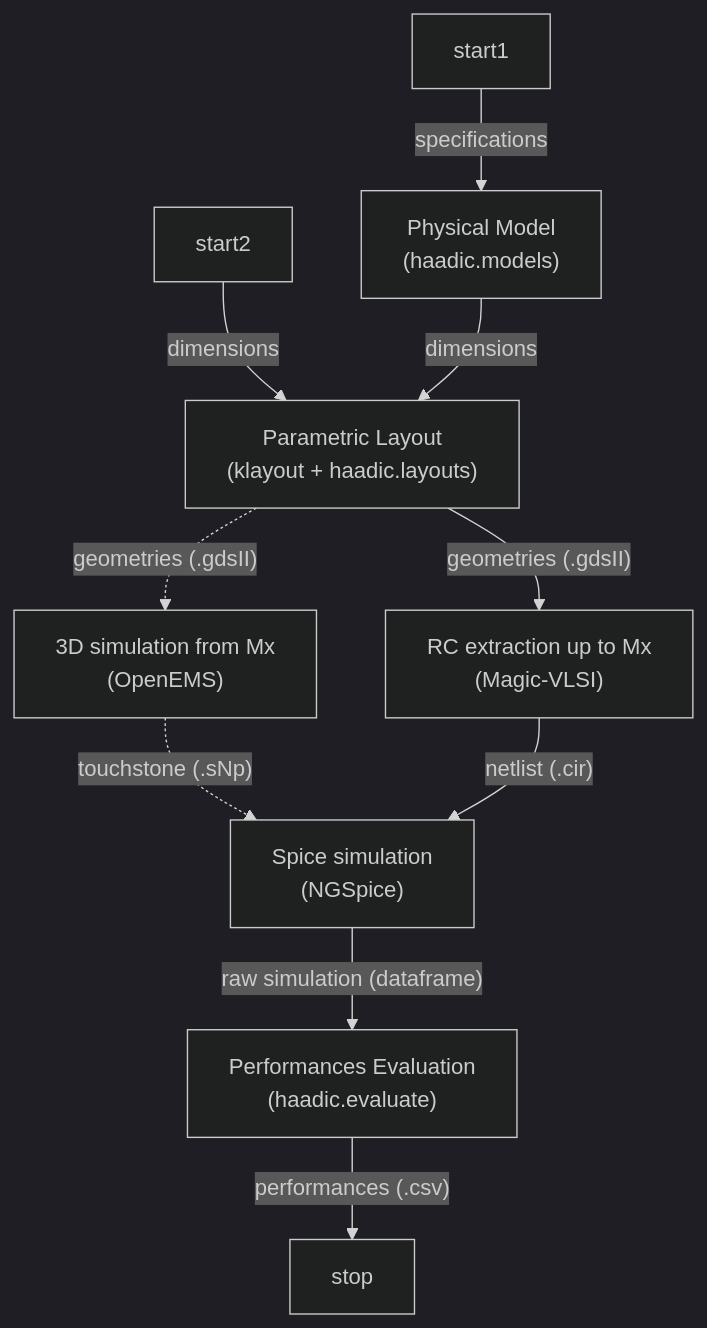
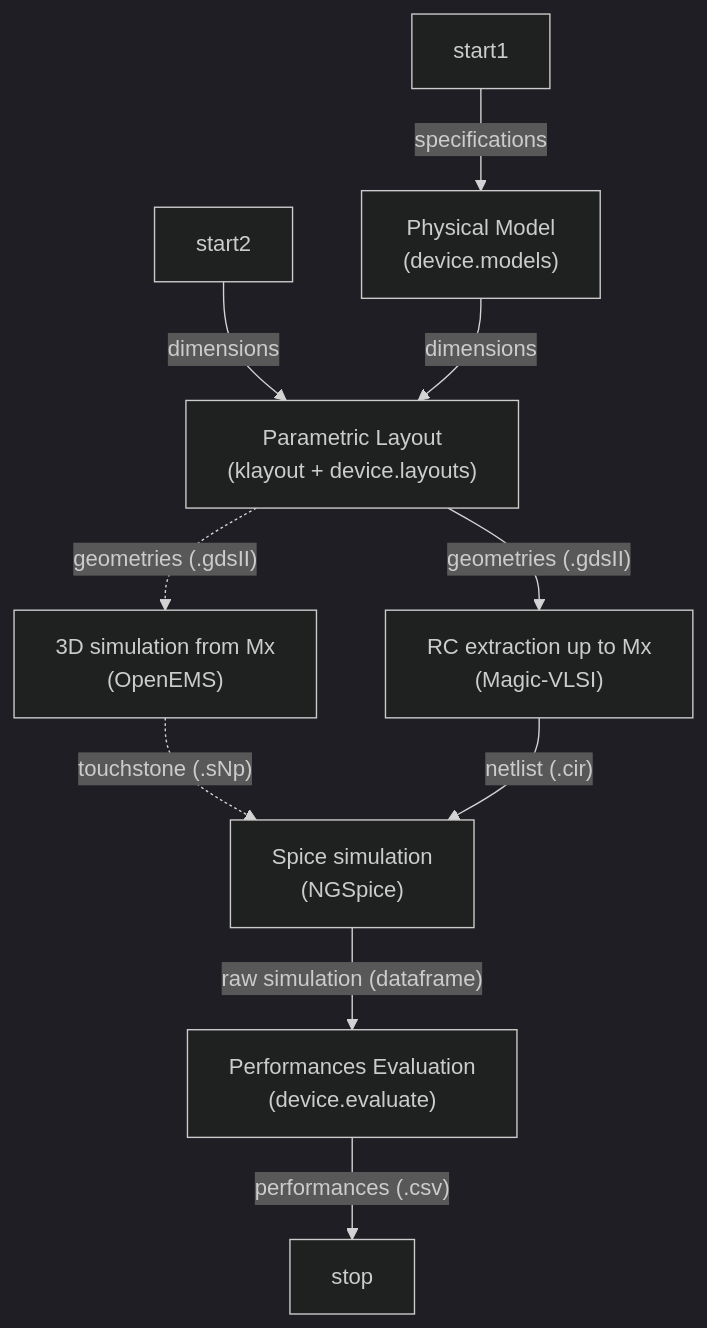
Before and after one commit to Patarimi/haadic: the diagram in docs/README.md, drawn with Mermaid (dark theme).

Commit message:
readme update

````diff
--- a/docs/README.md
+++ b/docs/README.md
@@ -24,19 +24,19 @@
 ```mermaid
 flowchart TD
     start1 -- "specifications" --> app["Physical Model
-(haadic.models)"]
+(device.models)"]
     start2 -- "dimensions" --> pl
     app --dimensions --> pl["Parametric Layout
-(klayout + haadic.layouts)"]
+(klayout + device.layouts)"]
     pl --"geometries (.gdsII)" --> be_ext["RC extraction up to Mx
 (Magic-VLSI)"]
     pl -."geometries (.gdsII)" .-> fe_ext["3D simulation from Mx
 (OpenEMS)"]
     fe_ext -. "touchstone (.sNp)" .-> sim["Spice simulation
 (NGSpice)"]
     be_ext --"netlist (.cir)" --> sim
     sim --"raw simulation (dataframe)" --> spec["Performances Evaluation
-    (haadic.evaluate)"]
+    (device.evaluate)"]
     spec --"performances (.csv)" --> stop
 
 ```
````
